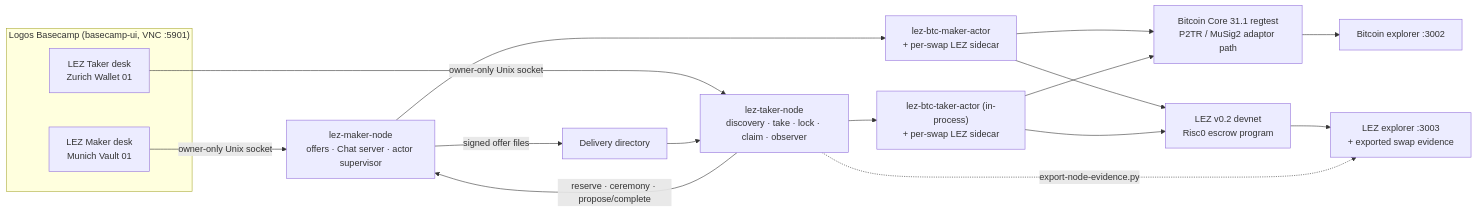
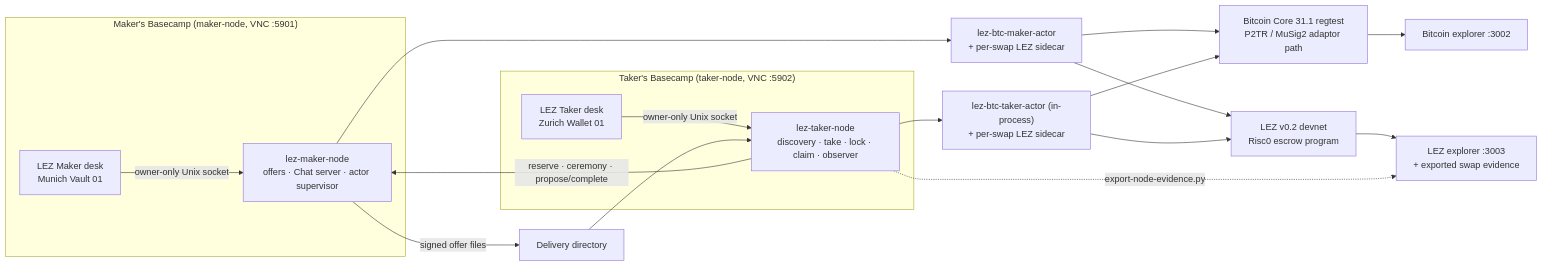
One commit to gateway-fm/lez-atomic-swaps changed the first of 3 diagrams in docs/diagrams.md. Above: the diagram before and after it, drawn with Mermaid. The commit also changed other lines of this file and 30 other files, not shown here.

````diff
--- a/docs/diagrams.md
+++ b/docs/diagrams.md
@@ -18,26 +19,30 @@
 ```mermaid
 flowchart LR
-    subgraph UI["Logos Basecamp (basecamp-ui, VNC :5901)"]
+    subgraph MAKER_BC["Maker's Basecamp (maker-node, VNC :5901)"]
         MAKER_UI["LEZ Maker desk\nMunich Vault 01"]
+        MAKER["lez-maker-node\noffers · Chat server · actor supervisor"]
+    end
+    subgraph TAKER_BC["Taker's Basecamp (taker-node, VNC :5902)"]
         TAKER_UI["LEZ Taker desk\nZurich Wallet 01"]
+        TAKER["lez-taker-node\ndiscovery · take · lock · claim · observer"]
     end
 
-    MAKER_UI -->|"owner-only Unix socket"| MAKER["lez-maker-node\noffers · Chat server · actor supervisor"]
-    TAKER_UI -->|"owner-only Unix socket"| TAKER["lez-taker-node\ndiscovery · take · lock · claim · observer"]
+    MAKER_UI -->|"owner-only Unix socket"| MAKER
+    TAKER_UI -->|"owner-only Unix socket"| TAKER
 
     MAKER -->|"signed offer files"| DELIVERY["Delivery directory"]
     DELIVERY --> TAKER
     TAKER -->|"reserve · ceremony · propose/complete"| MAKER
 
     MAKER --> MAKER_ACTOR["lez-btc-maker-actor\n+ per-swap LEZ sidecar"]
     TAKER --> TAKER_ACTOR["lez-btc-taker-actor (in-process)\n+ per-swap LEZ sidecar"]
 
     MAKER_ACTOR --> BTC["Bitcoin Core 31.1 regtest\nP2TR / MuSig2 adaptor path"]
     MAKER_ACTOR --> LEZ["LEZ v0.2 devnet\nRisc0 escrow program"]
     TAKER_ACTOR --> BTC
     TAKER_ACTOR --> LEZ
 
     BTC --> BTC_EXPLORER["Bitcoin explorer :3002"]
     LEZ --> LEZ_EXPLORER["LEZ explorer :3003\n+ exported swap evidence"]
     TAKER -.->|"export-node-evidence.py"| LEZ_EXPLORER
 ```
````
